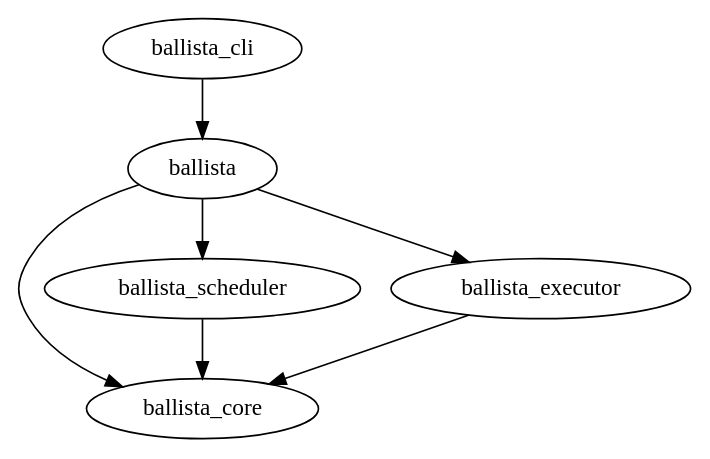
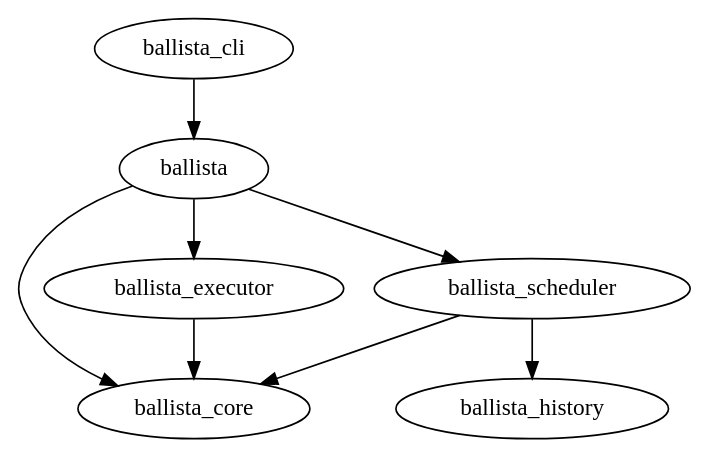
The diagram in dev/release/crate-deps.dot (apache/datafusion-ballista), drawn with Graphviz before and after one commit. The commit also changed 6 other files, not shown here.

```diff
--- a/dev/release/crate-deps.dot
+++ b/dev/release/crate-deps.dot
@@ -1,36 +1,38 @@
 // Licensed to the Apache Software Foundation (ASF) under one
 // or more contributor license agreements.  See the NOTICE file
 // distributed with this work for additional information
 // regarding copyright ownership.  The ASF licenses this file
 // to you under the Apache License, Version 2.0 (the
 // "License"); you may not use this file except in compliance
 // with the License.  You may obtain a copy of the License at
 //
 //   http://www.apache.org/licenses/LICENSE-2.0
 //
 // Unless required by applicable law or agreed to in writing,
 // software distributed under the License is distributed on an
 // "AS IS" BASIS, WITHOUT WARRANTIES OR CONDITIONS OF ANY
 // KIND, either express or implied.  See the License for the
 // specific language governing permissions and limitations
 // under the License.
 
 digraph G {
 
     ballista_core
+    ballista_history
     ballista_scheduler
     ballista_executor
     ballista
     ballista_cli
 
     ballista_scheduler -> ballista_core
+    ballista_scheduler -> ballista_history
 
     ballista_executor -> ballista_core
 
     ballista -> ballista_core
     ballista -> ballista_scheduler
     ballista -> ballista_executor
 
 	ballista_cli -> ballista
 
 }
```
